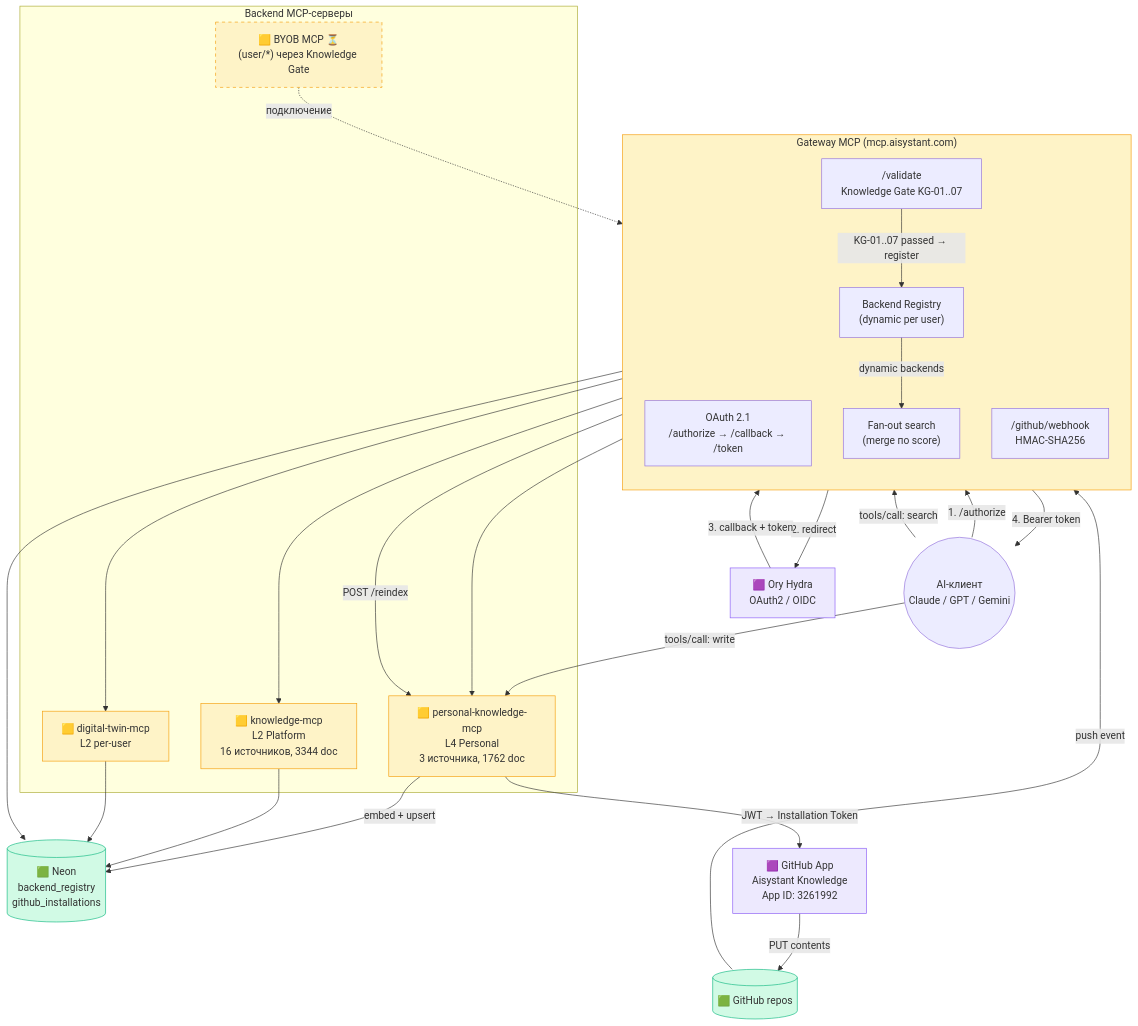
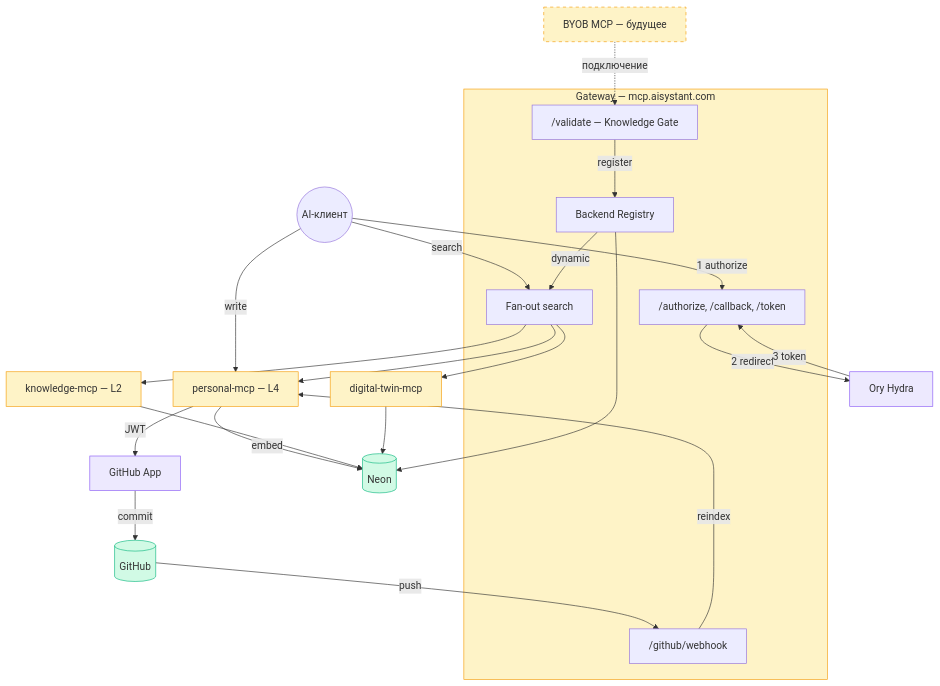
One commit to TserenTserenov/DS-ecosystem-development changed the third of 3 diagrams in C.IT-Platform/C2.IT-Platform/C2.2.Architecture/Stack-and-Infrastructure/deployment.md. Above: the diagram before and after it, drawn with Mermaid. The commit also changed other lines of this file, not shown here.

First line of the commit message:
fix(WP-159): чистка deployment-диаграммы — короткие подписи, проверенные факты

````diff
--- a/C.IT-Platform/C2.IT-Platform/C2.2.Architecture/Stack-and-Infrastructure/deployment.md
+++ b/C.IT-Platform/C2.IT-Platform/C2.2.Architecture/Stack-and-Infrastructure/deployment.md
@@ -203,67 +186,57 @@
 ```mermaid
 graph TB
-    CLIENT(("AI-клиент\nClaude / GPT / Gemini"))
+    CLIENT(("AI-клиент"))
 
-    subgraph GW["Gateway MCP (mcp.aisystant.com)"]
-        direction TB
-        AUTH["OAuth 2.1\n/authorize → /callback → /token"]
-        FANOUT["Fan-out search\n(merge по score)"]
-        VALIDATE["/validate\nKnowledge Gate KG-01..07"]
-        WEBHOOK["/github/webhook\nHMAC-SHA256"]
-        REGISTRY["Backend Registry\n(dynamic per user)"]
+    subgraph GW["Gateway — mcp.aisystant.com"]
+        AUTH["/authorize, /callback, /token"]
+        FANOUT["Fan-out search"]
+        VALIDATE["/validate — Knowledge Gate"]
+        WEBHOOK["/github/webhook"]
+        REG["Backend Registry"]
     end
 
-    subgraph BACKENDS["Backend MCP-серверы"]
-        KN["🟨 knowledge-mcp\nL2 Platform\n16 источников, 3344 doc"]
-        PKN["🟨 personal-knowledge-mcp\nL4 Personal\n3 источника, 1762 doc"]
-        DT["🟨 digital-twin-mcp\nL2 per-user"]
-        BYOB["🟨 BYOB MCP ⏳\n(user/*) через Knowledge Gate"]
-    end
+    KN["knowledge-mcp — L2"]
+    PKN["personal-mcp — L4"]
+    DT["digital-twin-mcp"]
+    BYOB["BYOB MCP — будущее"]
 
-    ORY["🟪 Ory Hydra\nOAuth2 / OIDC"]
-    DB[("🟩 Neon\nbackend_registry\ngithub_installations")]
-    GITHUB[("🟩 GitHub repos")]
-    APP["🟪 GitHub App\nAisystant Knowledge\nApp ID: 3261992"]
+    ORY["Ory Hydra"]
+    DB[("Neon")]
+    GH[("GitHub")]
+    GHAPP["GitHub App"]
 
-    %% Auth flow
-    CLIENT -->|"1. /authorize"| AUTH
-    AUTH -->|"2. redirect"| ORY
-    ORY -->|"3. callback + token"| AUTH
-    AUTH -->|"4. Bearer token"| CLIENT
+    CLIENT -- 1 authorize --> AUTH
+    AUTH -- 2 redirect --> ORY
+    ORY -- 3 token --> AUTH
 
-    %% Search
-    CLIENT -->|"tools/call: search"| FANOUT
+    CLIENT -- search --> FANOUT
     FANOUT --> KN
     FANOUT --> PKN
     FANOUT --> DT
-    REGISTRY -->|"dynamic backends"| FANOUT
+    REG -- dynamic --> FANOUT
 
-    %% Write
-    CLIENT -->|"tools/call: write"| PKN
-    PKN -->|"JWT → Installation Token"| APP
-    APP -->|"PUT contents"| GITHUB
+    CLIENT -- write --> PKN
+    PKN -- JWT --> GHAPP
+    GHAPP -- commit --> GH
 
-    %% Webhook
-    GITHUB -->|"push event"| WEBHOOK
-    WEBHOOK -->|"POST /reindex"| PKN
-    PKN -->|"embed + upsert"| DB
+    GH -- push --> WEBHOOK
+    WEBHOOK -- reindex --> PKN
+    PKN -- embed --> DB
 
-    %% Backend data
     KN --> DB
     DT --> DB
-    REGISTRY --> DB
+    REG --> DB
 
-    %% Validate
-    BYOB -.->|"подключение"| VALIDATE
-    VALIDATE -->|"KG-01..07 passed → register"| REGISTRY
+    BYOB -. подключение .-> VALIDATE
+    VALIDATE -- register --> REG
 
     style GW fill:#fef3c7,stroke:#f59e0b
     style KN fill:#fef3c7,stroke:#f59e0b
     style PKN fill:#fef3c7,stroke:#f59e0b
     style DT fill:#fef3c7,stroke:#f59e0b
     style BYOB fill:#fef3c7,stroke:#f59e0b,stroke-dasharray: 5 5
     style DB fill:#d1fae5,stroke:#10b981
-    style GITHUB fill:#d1fae5,stroke:#10b981
+    style GH fill:#d1fae5,stroke:#10b981
     style ORY fill:#ede9fe,stroke:#8b5cf6
-    style APP fill:#ede9fe,stroke:#8b5cf6
+    style GHAPP fill:#ede9fe,stroke:#8b5cf6
 ```
````
